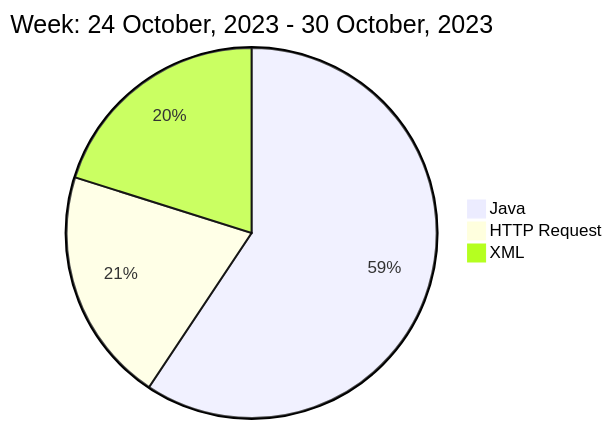
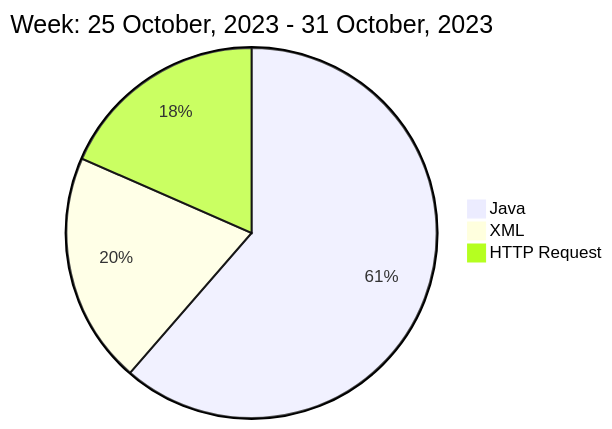
Before and after one commit to liubin95/liubin95: the diagram in README.md, drawn with Mermaid.

Commit message:
Updated the Graph with new Metrics

````diff
--- a/README.md
+++ b/README.md
@@ -40,7 +40,7 @@
 ```mermaid
  pie
-title Week: 24 October, 2023 - 30 October, 2023
- "Java" : 6.13
- "HTTP Request" : 2.12
- "XML" : 2.08
+title Week: 25 October, 2023 - 31 October, 2023
+ "Java" : 5.23
+ "XML" : 1.72
+ "HTTP Request" : 1.57
 ```
````
